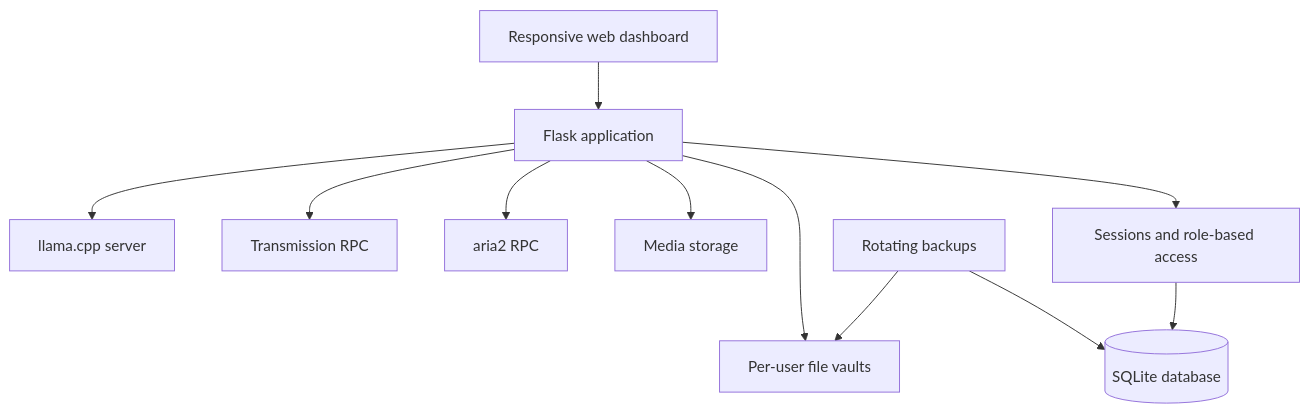
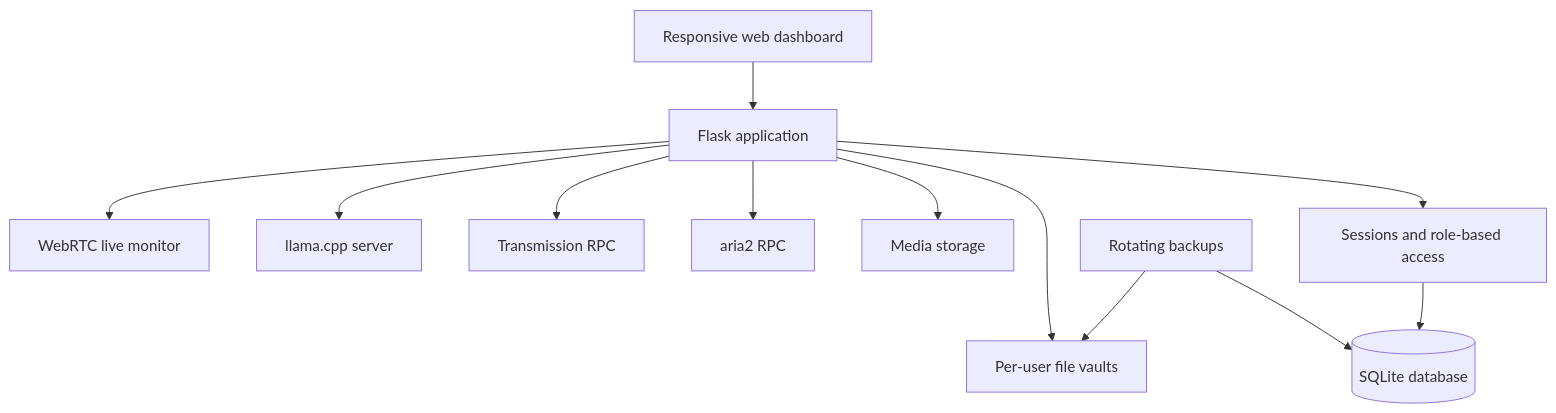
Before and after one commit to clementinny/cloud-in-buzunar: the diagram in README.md, drawn with Mermaid. The commit also changed other lines of this file and 9 other files, not shown here.

Commit message:
feat: add opt-in WebRTC live monitor

````diff
--- a/README.md
+++ b/README.md
@@ -93,24 +104,26 @@
 ```mermaid
 flowchart TD
     Browser[Responsive web dashboard]
     Flask[Flask application]
     Auth[Sessions and role-based access]
     SQLite[(SQLite database)]
     Vault[Per-user file vaults]
     Media[Media storage]
     Aria2[aria2 RPC]
     Transmission[Transmission RPC]
     Llama[llama.cpp server]
+    Monitor[WebRTC live monitor]
     Backup[Rotating backups]
 
     Browser --> Flask
     Flask --> Auth
     Auth --> SQLite
     Flask --> Vault
     Flask --> Media
     Flask --> Aria2
     Flask --> Transmission
     Flask --> Llama
+    Flask --> Monitor
     Backup --> SQLite
     Backup --> Vault
 ```
````
